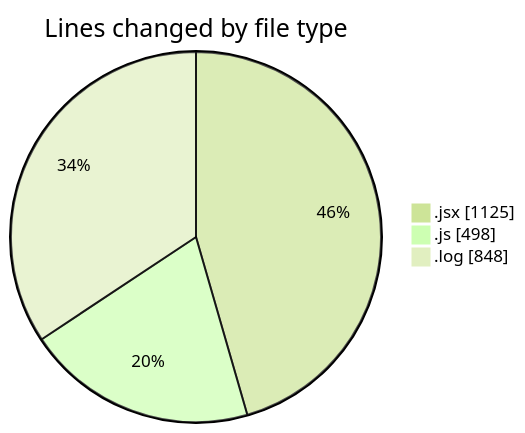
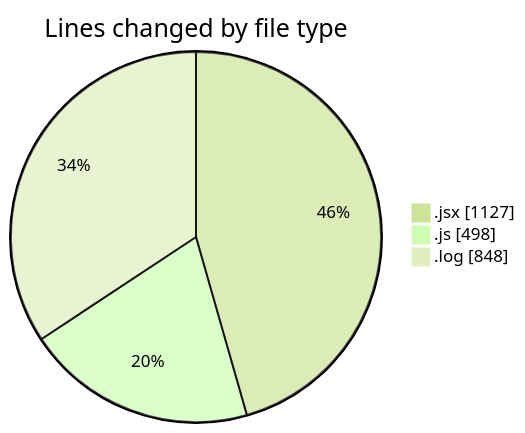
Before and after one commit to nxtqubesakshisongat/code-tracking: the first of 2 diagrams in 2025-12-14/nxtqube_webapp/README.md, drawn with Mermaid (forest theme). The commit also changed other lines of this file and 1 other file, not shown here.

````diff
--- a/2025-12-14/nxtqube_webapp/README.md
+++ b/2025-12-14/nxtqube_webapp/README.md
@@ -28,7 +28,7 @@
 ```mermaid
 pie showData
 title Lines changed by file type
-".jsx" : 1125
+".jsx" : 1127
 ".js" : 498
 ".log" : 848
 ```
````
